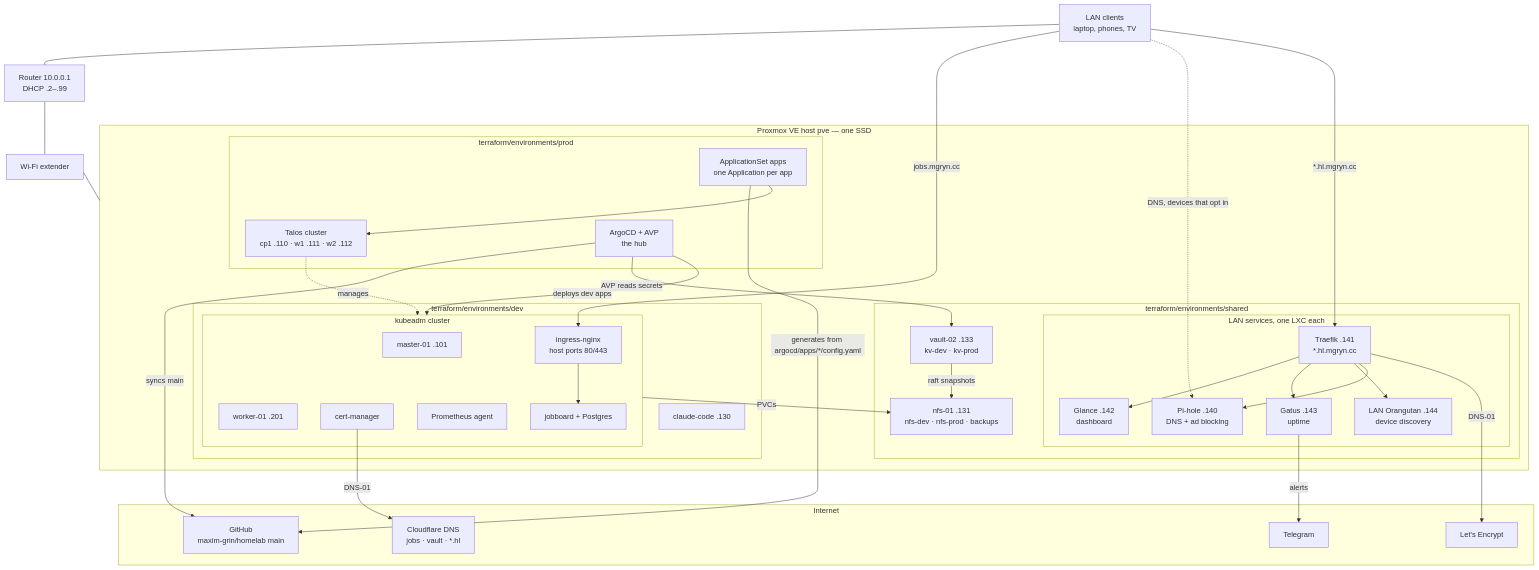
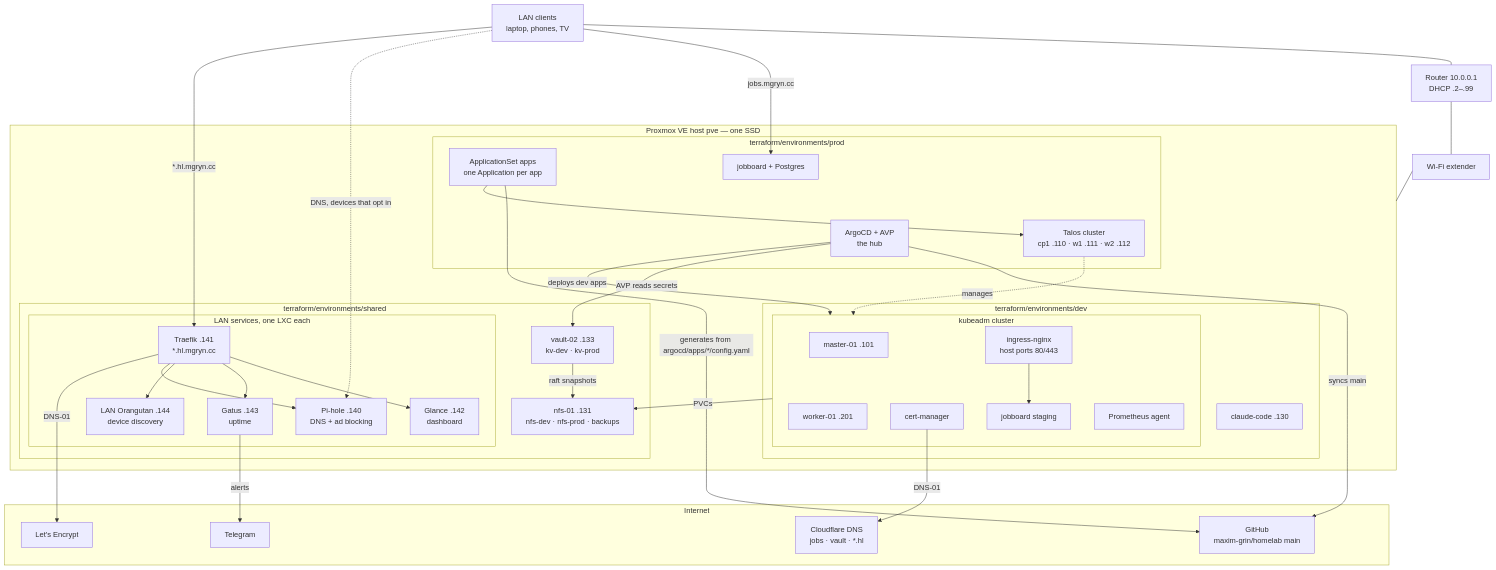
Before and after one commit to maxim-grin/homelab: the diagram in README.md, drawn with Mermaid. The commit also changed other lines of this file and 9 other files, not shown here.

````diff
--- a/README.md
+++ b/README.md
@@ -12,73 +12,74 @@
 ```mermaid
 flowchart TB
     subgraph internet["Internet"]
         github["GitHub<br/>maxim-grin/homelab main"]
         cloudflare["Cloudflare DNS<br/>jobs · vault · *.hl"]
         letsencrypt["Let's Encrypt"]
         telegram["Telegram"]
     end
 
     router["Router 10.0.0.1<br/>DHCP .2–.99"]
     lan["LAN clients<br/>laptop, phones, TV"]
     extender["Wi-Fi extender"]
 
     lan --- router
     router --- extender
 
     subgraph pve["Proxmox VE host pve — one SSD"]
         subgraph dev["terraform/environments/dev"]
             subgraph k8s["kubeadm cluster"]
                 master["master-01 .101"]
                 w1["worker-01 .201"]
                 ingress["ingress-nginx<br/>host ports 80/443"]
                 certmgr["cert-manager"]
+                jobboard["jobboard staging"]
                 mon["Prometheus agent"]
-                jobboard["jobboard + Postgres"]
             end
             claude["claude-code .130"]
         end
 
         subgraph shared["terraform/environments/shared"]
             nfs["nfs-01 .131<br/>nfs-dev · nfs-prod · backups"]
             vault["vault-02 .133<br/>kv-dev · kv-prod"]
             subgraph lxcs["LAN services, one LXC each"]
                 pihole["Pi-hole .140<br/>DNS + ad blocking"]
                 traefik["Traefik .141<br/>*.hl.mgryn.cc"]
                 glance["Glance .142<br/>dashboard"]
                 gatus["Gatus .143<br/>uptime"]
                 orangutan["LAN Orangutan .144<br/>device discovery"]
             end
         end
 
         subgraph prod["terraform/environments/prod"]
             talos["Talos cluster<br/>cp1 .110 · w1 .111 · w2 .112"]
             argocd["ArgoCD + AVP<br/>the hub"]
             appset["ApplicationSet apps<br/>one Application per app"]
+            prodjob["jobboard + Postgres"]
         end
     end
 
     extender --- pve
 
     argocd -- "syncs main" --> github
     argocd -- "AVP reads secrets" --> vault
     argocd -- "deploys dev apps" --> k8s
     k8s -- "PVCs" --> nfs
     vault -- "raft snapshots" --> nfs
     certmgr -- "DNS-01" --> cloudflare
-    lan -- "jobs.mgryn.cc" --> ingress
+    lan -- "jobs.mgryn.cc" --> prodjob
     ingress --> jobboard
 
     lan -. "DNS, devices that opt in" .-> pihole
     lan -- "*.hl.mgryn.cc" --> traefik
     traefik --> glance
     traefik --> gatus
     traefik --> orangutan
     traefik --> pihole
     traefik -- "DNS-01" --> letsencrypt
     gatus -- "alerts" --> telegram
     talos -. "manages" .-> k8s
     appset -- "generates from argocd/apps/*/config.yaml" --> github
     appset --> talos
 
     classDef planned stroke-dasharray: 5 5,opacity:0.8
 ```
````
